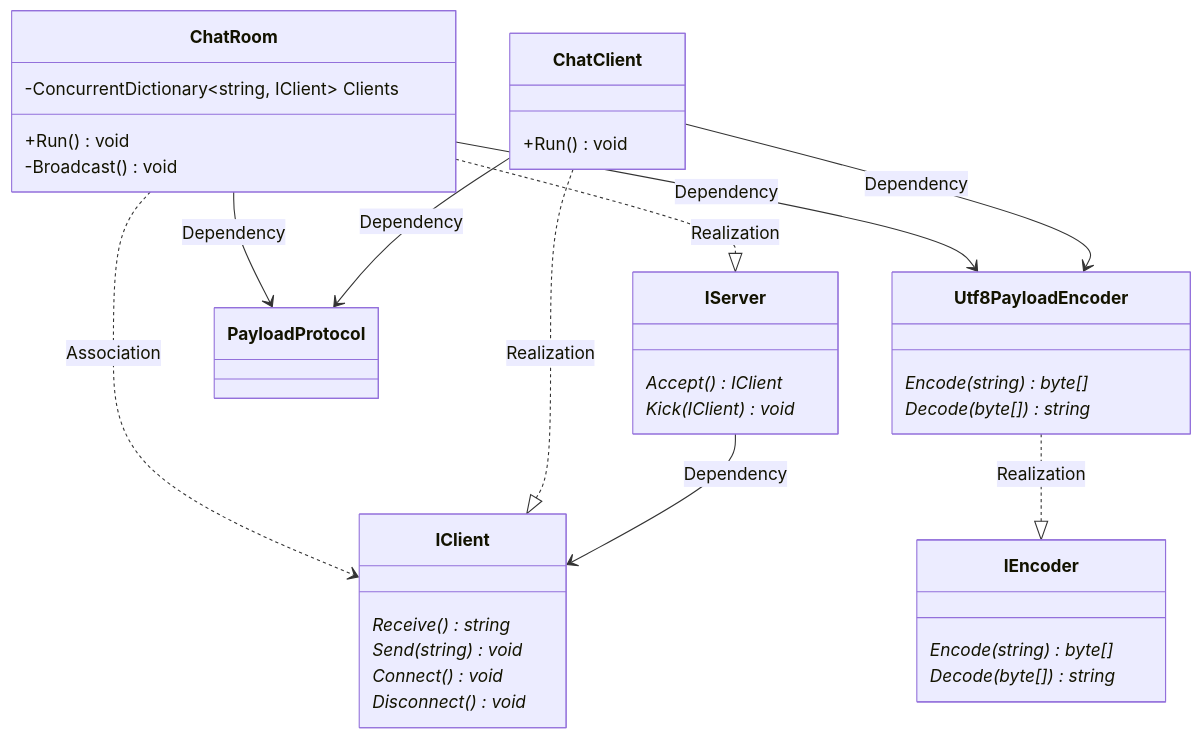
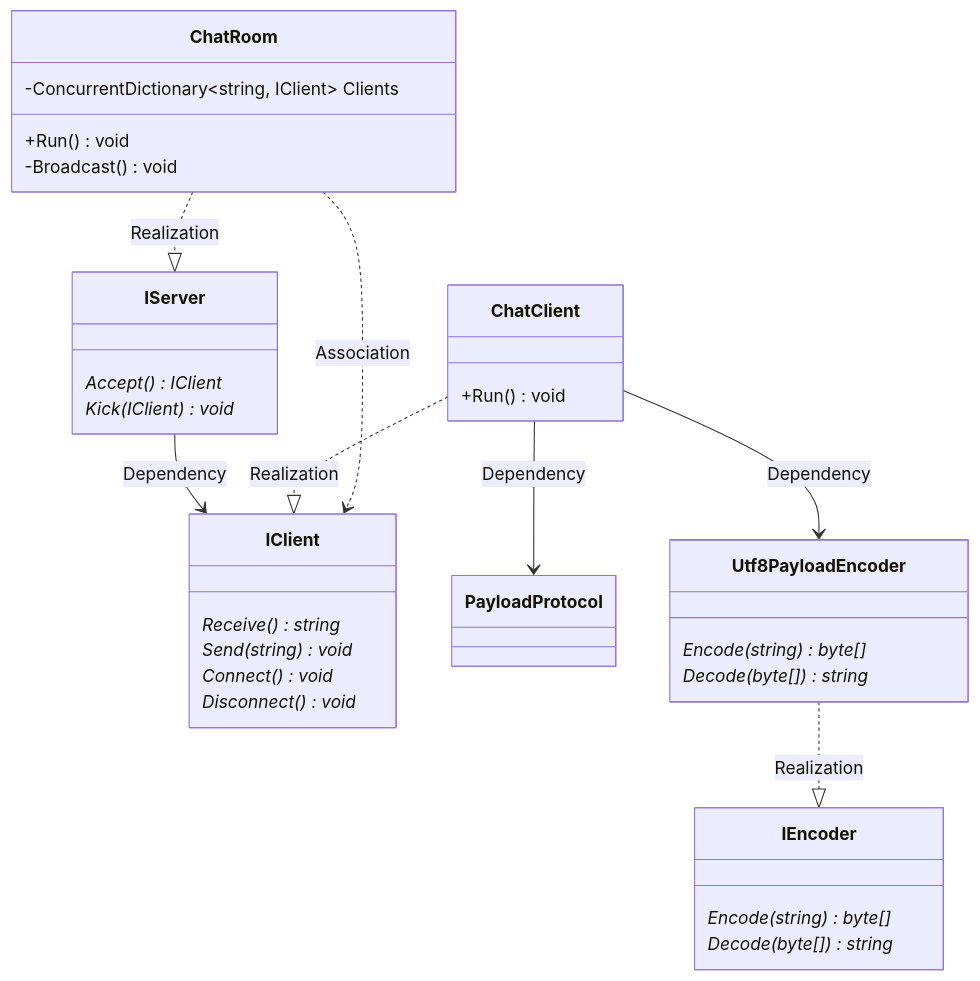
The second of 3 diagrams in README.md (kuro11pow2/chat), drawn with Mermaid before and after one commit.

Commit message:
다이어그램 수정

````diff
--- a/README.md
+++ b/README.md
@@ -57,49 +57,47 @@
 ```mermaid
 classDiagram
     class IEncoder {
         Encode(string)* byte[]
         Decode(byte[])* string
     }
 
     class IClient {
         Receive()* string
         Send(string)* void
         Connect()* void
         Disconnect()* void
     }
 
     class IServer {
         Accept()* IClient
         Kick(IClient)* void
     }
 
     IServer --> IClient : Dependency
 
     class PayloadProtocol {
 
     }
     
     class Utf8PayloadEncoder {
         Encode(string)* byte[]
         Decode(byte[])* string
     }
 
     class ChatClient {
         +Run() void
     }
 
     class ChatRoom {
         -ConcurrentDictionary~string, IClient~ Clients
         +Run() void
         -Broadcast() void
     }
 
     Utf8PayloadEncoder ..|> IEncoder : Realization
     ChatClient ..|> IClient : Realization
     ChatClient --> PayloadProtocol : Dependency
     ChatClient --> Utf8PayloadEncoder : Dependency
     ChatRoom ..|> IServer : Realization
     ChatRoom ..> IClient : Association
-    ChatRoom --> PayloadProtocol : Dependency
-    ChatRoom --> Utf8PayloadEncoder : Dependency
 ```
````
